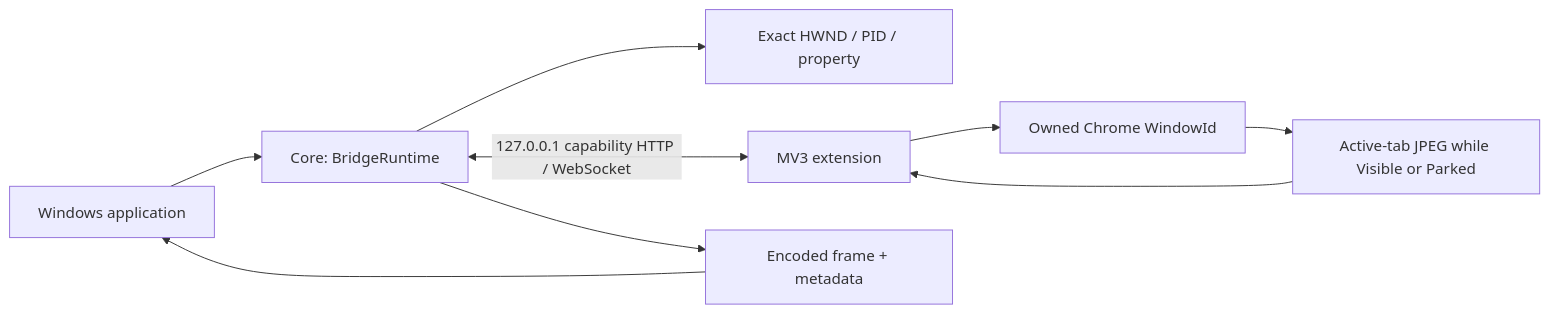
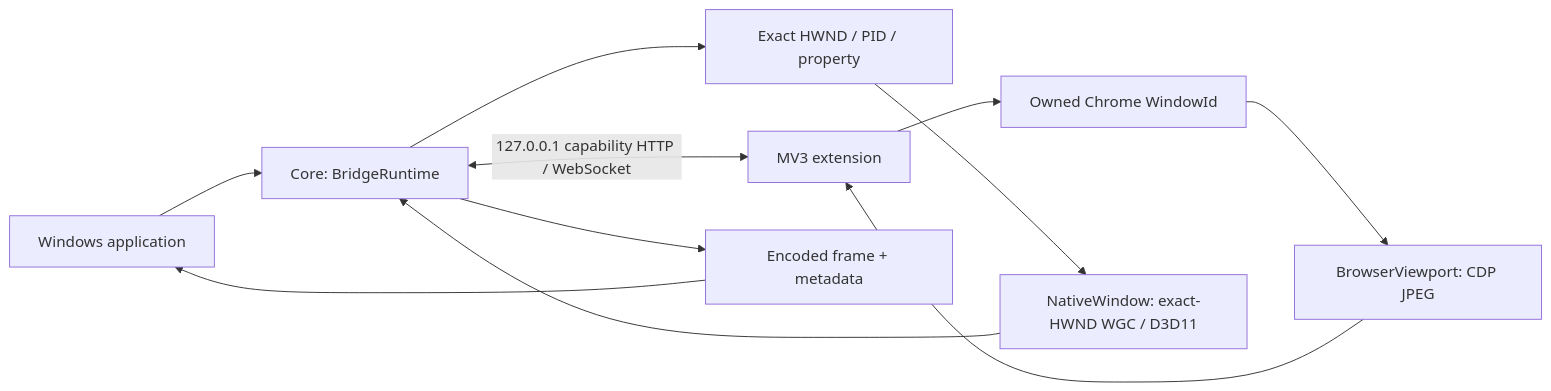
The first of 2 diagrams in docs/architecture.md (Yasuhiko-m/LazyChromeWindowBridge), drawn with Mermaid before and after one commit. The commit also changed other lines of this file and 49 other files, not shown here.

Commit message:
feat: establish V1-M007-R013 native window capture

````diff
--- a/docs/architecture.md
+++ b/docs/architecture.md
@@ -7,11 +7,13 @@
 ```mermaid
 flowchart LR
     App["Windows application"] --> API["Core: BridgeRuntime"]
     API --> Native["Exact HWND / PID / property"]
     API <-->|"127.0.0.1 capability HTTP / WebSocket"| Ext["MV3 extension"]
     Ext --> Window["Owned Chrome WindowId"]
-    Window --> Pixels["Active-tab JPEG while Visible or Parked"]
-    Pixels --> Ext
+    Window --> Viewport["BrowserViewport: CDP JPEG"]
+    Native --> WGC["NativeWindow: exact-HWND WGC / D3D11"]
+    Viewport --> Ext
+    WGC --> API
     API --> Frame["Encoded frame + metadata"]
     Frame --> App
 ```
````
